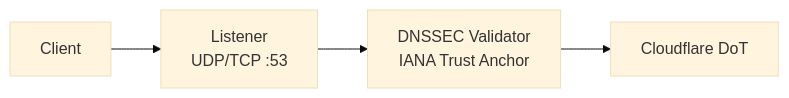
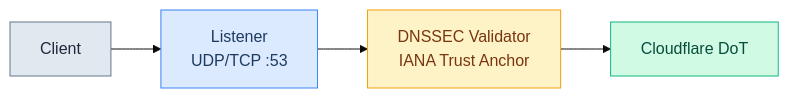
Before and after one commit to folbricht/routedns: the fifth of 5 diagrams in README.md, drawn with Mermaid (base theme). The commit also changed other lines of this file, not shown here.

Commit message:
Add color to mermaid diagrams

````diff
--- a/README.md
+++ b/README.md
@@ -181,6 +213,14 @@
 ```mermaid
 graph LR
     C[Client] --> L[Listener<br/>UDP/TCP :53]
     L --> DV[DNSSEC Validator<br/>IANA Trust Anchor]
     DV --> CF[Cloudflare DoT]
+    classDef ext fill:#e2e8f0,stroke:#64748b,color:#1e293b
+    classDef listen fill:#dbeafe,stroke:#3b82f6,color:#1e3a5f
+    classDef proc fill:#fef3c7,stroke:#f59e0b,color:#78350f
+    classDef resolve fill:#d1fae5,stroke:#10b981,color:#064e3b
+    class C ext
+    class L listen
+    class DV proc
+    class CF resolve
 ```
````
